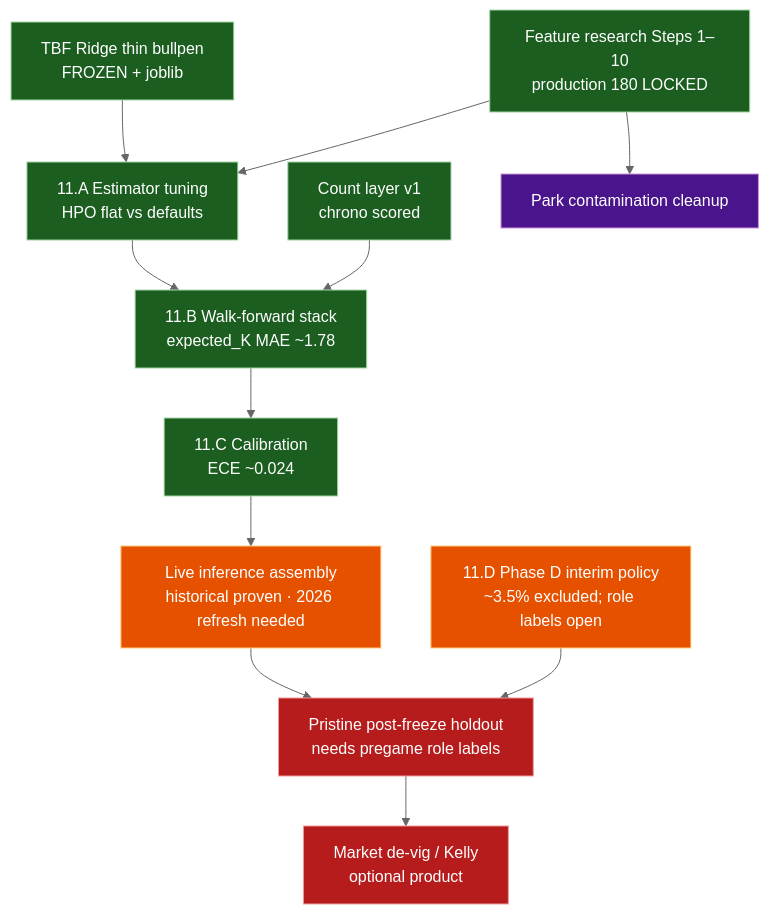
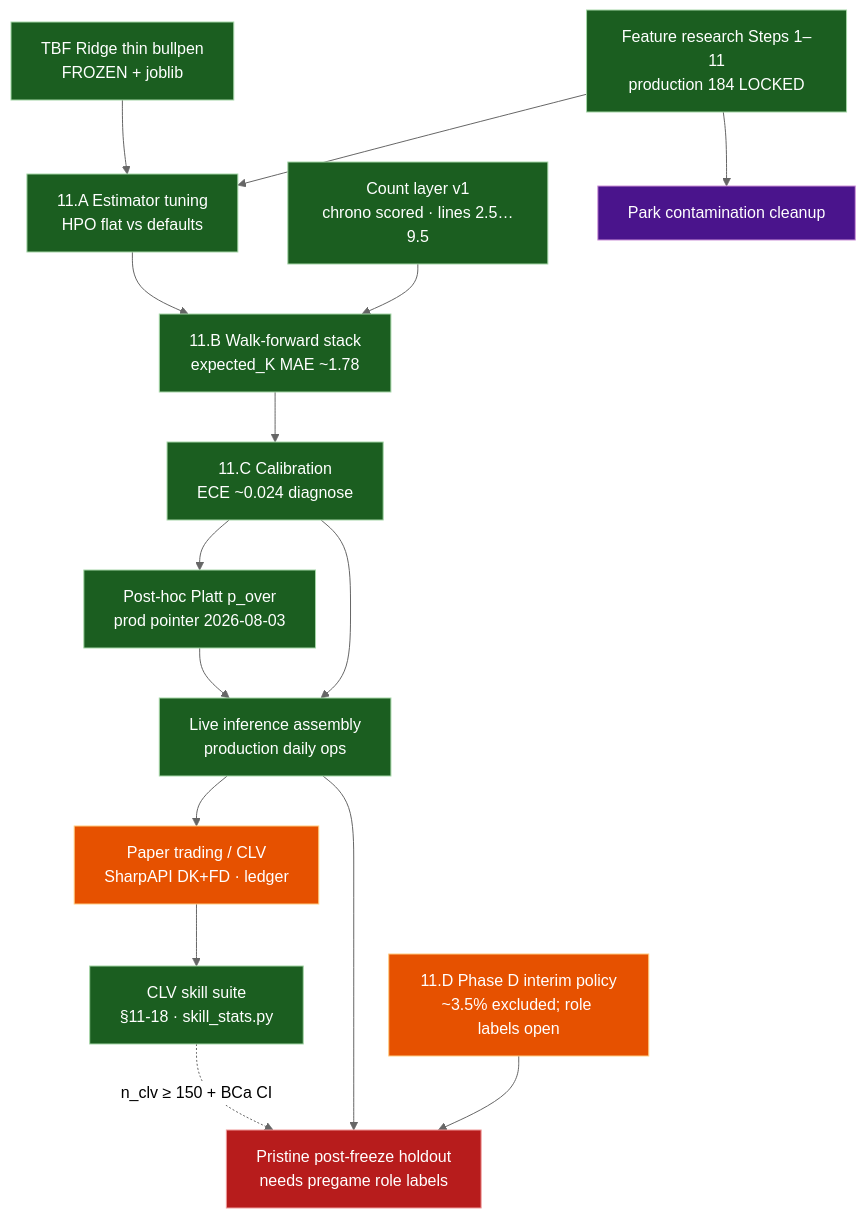
One commit to Cbkaplinger/MLB-Props changed the diagram in docs/diagrams/04-roadmap.md. Above: the diagram before and after it, drawn with Mermaid (neutral theme). The commit also changed other lines of this file and 35 other files, not shown here.

First line of the commit message:
Refresh docs, research notes, and 2026 Savant data pull

````diff
--- a/docs/diagrams/04-roadmap.md
+++ b/docs/diagrams/04-roadmap.md
@@ -6,32 +7,38 @@
 ```mermaid
 flowchart TB
   classDef built fill:#1b5e20,stroke:#a5d6a7,color:#fff
   classDef partial fill:#e65100,stroke:#ffcc80,color:#fff
   classDef missing fill:#b71c1c,stroke:#ef9a9a,color:#fff
   classDef risk fill:#4a148c,stroke:#ce93d8,color:#fff
   classDef next fill:#01579b,stroke:#81d4fa,color:#fff
 
-  FEAT["Feature research Steps 1–10<br/>production 180 LOCKED"]:::built
+  FEAT["Feature research Steps 1–11<br/>production 184 LOCKED"]:::built
   TBF["TBF Ridge thin bullpen<br/>FROZEN + joblib"]:::built
-  CNT["Count layer v1<br/>chrono scored"]:::built
+  CNT["Count layer v1<br/>chrono scored · lines 2.5…9.5"]:::built
 
   TUNE["11.A Estimator tuning<br/>HPO flat vs defaults"]:::built
   WF["11.B Walk-forward stack<br/>expected_K MAE ~1.78"]:::built
-  CAL["11.C Calibration<br/>ECE ~0.024"]:::built
+  CAL["11.C Calibration<br/>ECE ~0.024 diagnose"]:::built
+  PCAL["Post-hoc Platt p_over<br/>prod pointer 2026-08-03"]:::built
   PHD["11.D Phase D interim policy<br/>~3.5% excluded; role labels open"]:::partial
 
-  LIVE["Live inference assembly<br/>historical proven · 2026 refresh needed"]:::partial
+  LIVE["Live inference assembly<br/>production daily ops"]:::built
+  MKT["Paper trading / CLV<br/>SharpAPI DK+FD · ledger"]:::partial
+  SKILL["CLV skill suite<br/>§11-18 · skill_stats.py"]:::built
   HOLD["Pristine post-freeze holdout<br/>needs pregame role labels"]:::missing
-  MKT["Market de-vig / Kelly<br/>optional product"]:::missing
   PARK["Park contamination cleanup"]:::risk
 
   FEAT --> TUNE
   TBF --> TUNE
   CNT --> WF
   TUNE --> WF --> CAL
+  CAL --> PCAL
   PHD --> HOLD
   CAL --> LIVE
+  PCAL --> LIVE
+  LIVE --> MKT
   LIVE --> HOLD
-  HOLD --> MKT
+  MKT --> SKILL
+  SKILL -.->|"n_clv ≥ 150 + BCa CI"| HOLD
   FEAT --> PARK
 ```
````
